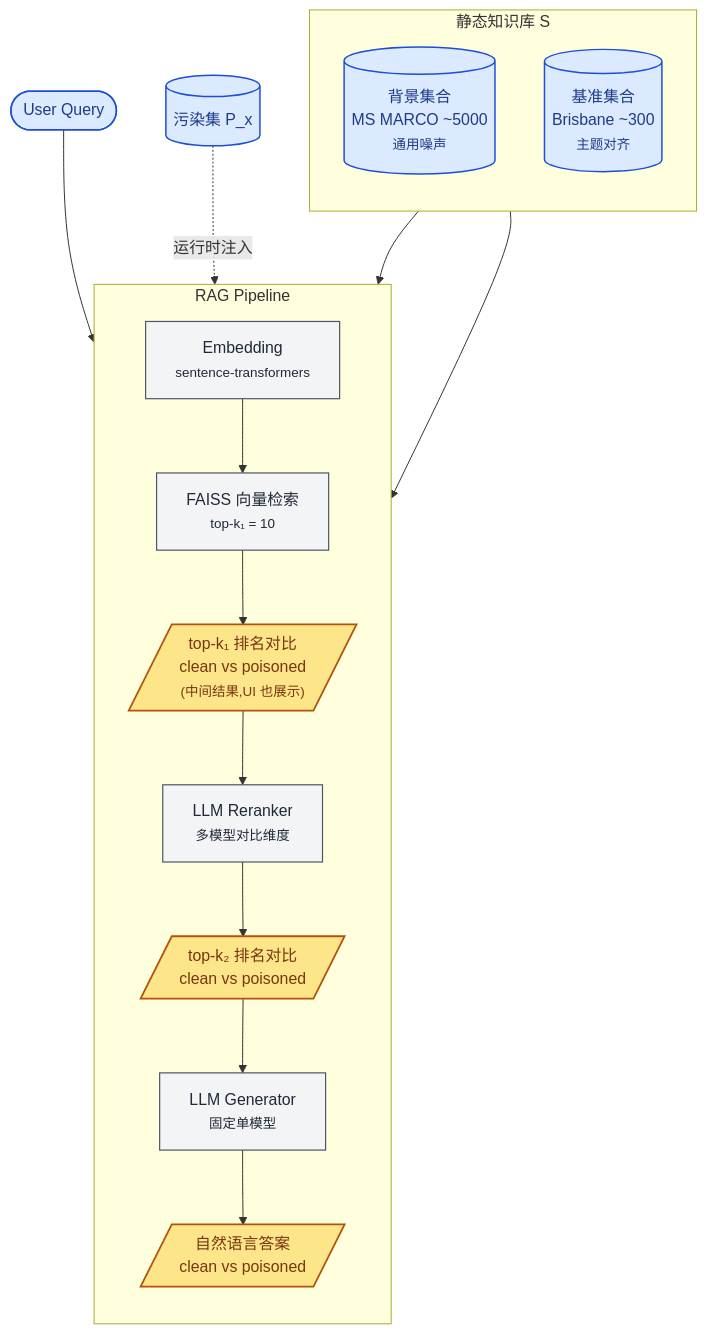
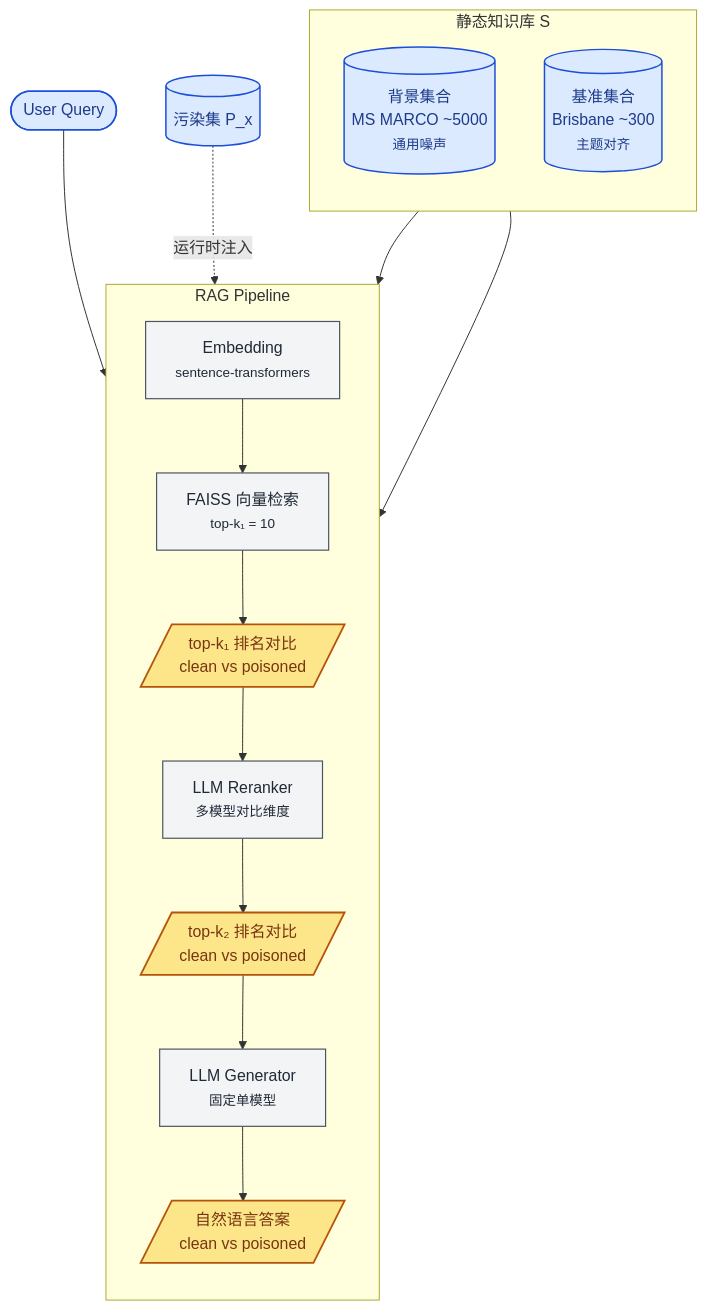
One commit to LiuJiLan/COMS4507-RAG-Poisoning-Demo changed the diagram in README.cn.md. Above: the diagram before and after it, drawn with Mermaid. The commit also changed other lines of this file, not shown here.

Commit message:
Rewrite README.cn.md for public release: data section + result charts

````diff
--- a/README.cn.md
+++ b/README.cn.md
@@ -11,34 +31,34 @@
 ```mermaid
 flowchart TB
     %% ===== 输入层 =====
     Q([User Query]):::input
     subgraph KB[静态知识库 S]
         direction TB
         BG[("背景集合<br/>MS MARCO ~5000<br/><span style='font-size:0.85em'>通用噪声</span>")]:::input
         BASE[("基准集合<br/>Brisbane ~300<br/><span style='font-size:0.85em'>主题对齐</span>")]:::input
     end
     PX[(污染集 P_x)]:::input
 
-    %% ===== RAG Pipeline（所有处理步骤都在 RAG 内部;颜色区分"中间步骤"vs"UI 主展示"） =====
+    %% ===== RAG Pipeline =====
     subgraph RAG[RAG Pipeline]
         direction TB
         EMB["Embedding<br/><span style='font-size:0.85em'>sentence-transformers</span>"]:::internal
         FAISS["FAISS 向量检索<br/><span style='font-size:0.85em'>top-k₁ = 10</span>"]:::internal
-        K1[/"top-k₁ 排名对比<br/>clean vs poisoned<br/><span style='font-size:0.85em'>(中间结果,UI 也展示)</span>"/]:::display
+        K1[/"top-k₁ 排名对比<br/>clean vs poisoned"/]:::display
         RER["LLM Reranker<br/><span style='font-size:0.85em'>多模型对比维度</span>"]:::internal
         K2[/"top-k₂ 排名对比<br/>clean vs poisoned"/]:::display
         GEN["LLM Generator<br/><span style='font-size:0.85em'>固定单模型</span>"]:::internal
         ANS[/"自然语言答案<br/>clean vs poisoned"/]:::display
 
         EMB --> FAISS --> K1 --> RER --> K2 --> GEN --> ANS
     end
 
     Q --> EMB
     BG --> EMB
     BASE --> EMB
     PX -. 运行时注入 .-> EMB
 
     classDef input fill:#dbeafe,stroke:#1d4ed8,color:#1e3a8a,stroke-width:1.5px
     classDef internal fill:#f3f4f6,stroke:#4b5563,color:#1f2937,stroke-width:1.2px
     classDef display fill:#fde68a,stroke:#b45309,color:#78350f,stroke-width:1.8px
 ```
````
